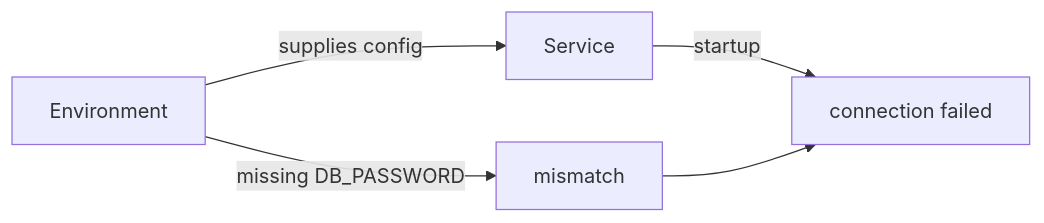
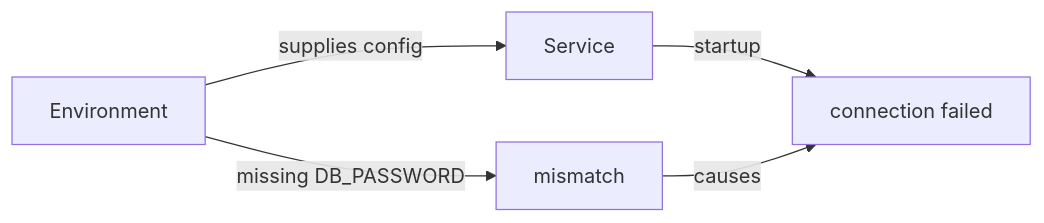
One commit to vinayakuber/microservices-io-study-guide changed diagram 11 of 12 in docs/ch29-externalized-configuration.md. Above: the diagram before and after it, drawn with Mermaid. The commit also changed other lines of this file and 71 other files, not shown here.

First line of the commit message:
R18: label every diagram arrow with its meaning

````diff
--- a/docs/ch29-externalized-configuration.md
+++ b/docs/ch29-externalized-configuration.md
@@ -366,7 +366,7 @@
 ```mermaid
 flowchart LR
   E["Environment"] -->|"supplies config"| S["Service"]
   E -->|"missing DB_PASSWORD"| M["mismatch"]
   S -->|"startup"| C["connection failed"]
-  M --> C
+  M -->|"causes"| C
 ```
````
